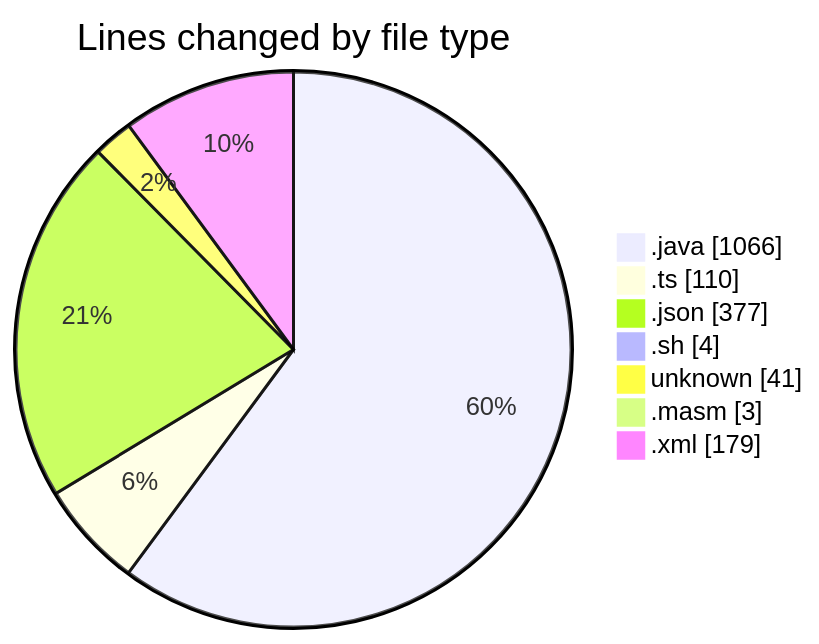
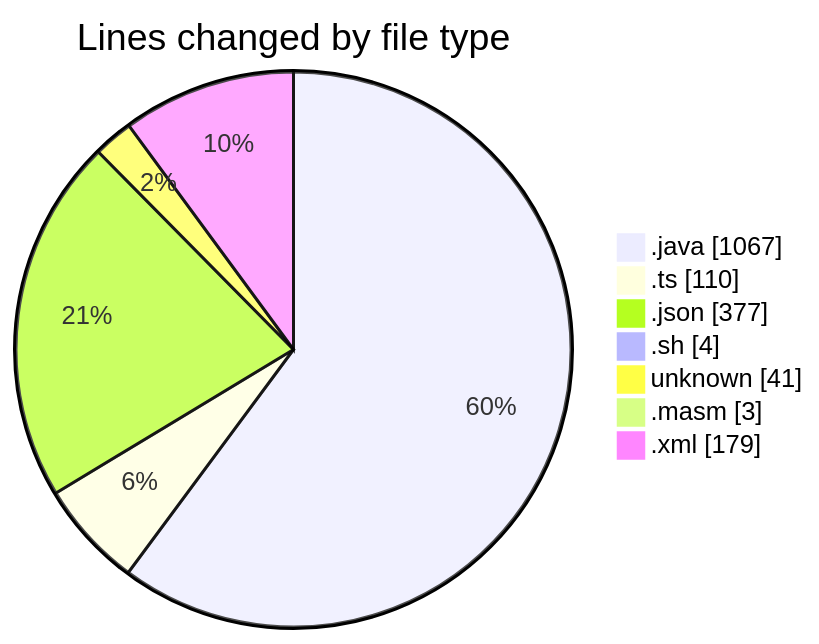
Before and after one commit to charlie-sans/code-tracking: the first of 2 diagrams in 2025-02-20/micros/README.md, drawn with Mermaid. The commit also changed other lines of this file and 1 other file, not shown here.

````diff
--- a/2025-02-20/micros/README.md
+++ b/2025-02-20/micros/README.md
@@ -34,11 +34,11 @@
 ```mermaid
 pie showData
 title Lines changed by file type
-".java" : 1066
+".java" : 1067
 ".ts" : 110
 ".json" : 377
 ".sh" : 4
 "unknown" : 41
 ".masm" : 3
 ".xml" : 179
 ```
````
